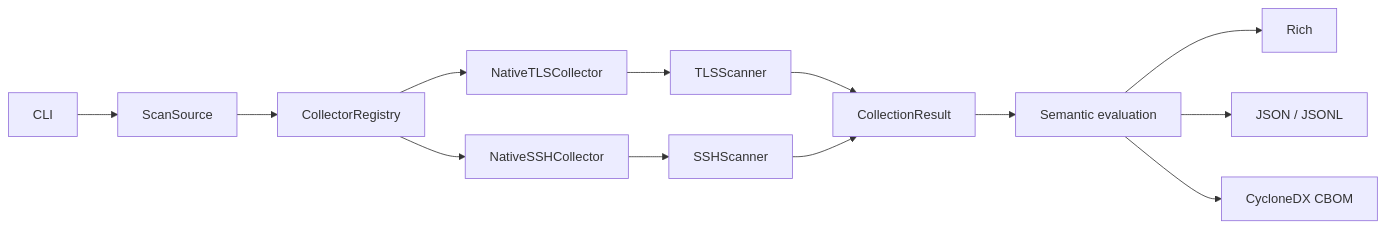
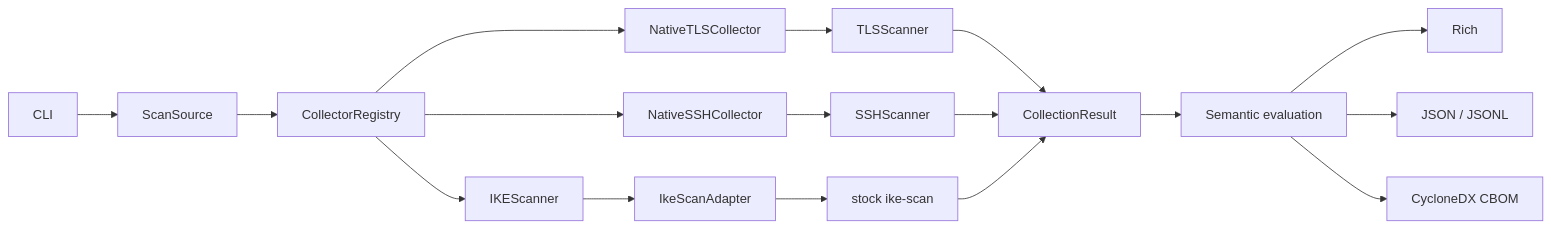
Before and after one commit to BreachSAFE/qureddy: the first of 2 diagrams in docs/reference/scan-contract.md, drawn with Mermaid. The commit also changed other lines of this file and 70 other files, not shown here.

````diff
--- a/docs/reference/scan-contract.md
+++ b/docs/reference/scan-contract.md
@@ -32,15 +33,19 @@
 ```mermaid
 flowchart LR
     cli["CLI"] --> source["ScanSource"]
     source --> registry["CollectorRegistry"]
     registry --> tls["NativeTLSCollector"]
     registry --> ssh["NativeSSHCollector"]
+    registry --> ike["IKEScanner"]
     tls --> tls_scan["TLSScanner"]
     ssh --> ssh_scan["SSHScanner"]
+    ike --> ike_adapter["IkeScanAdapter"]
+    ike_adapter --> ike_tool["stock ike-scan"]
     tls_scan --> result["CollectionResult"]
     ssh_scan --> result
+    ike_tool --> result
     result --> evaluation["Semantic evaluation"]
     evaluation --> rich["Rich"]
     evaluation --> json["JSON / JSONL"]
     evaluation --> cbom["CycloneDX CBOM"]
 ```
````
